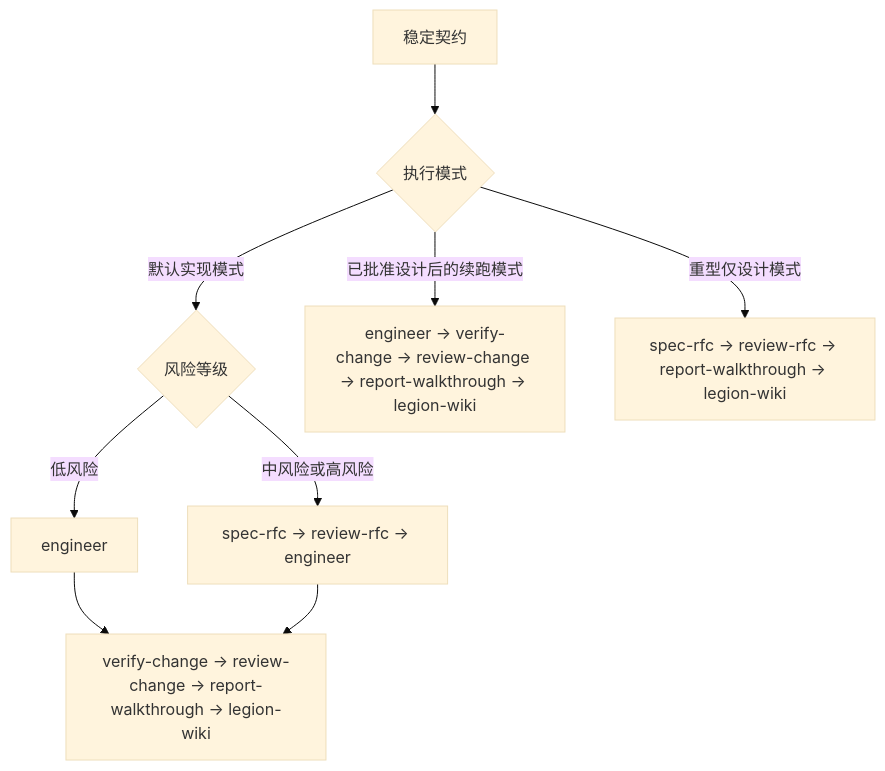
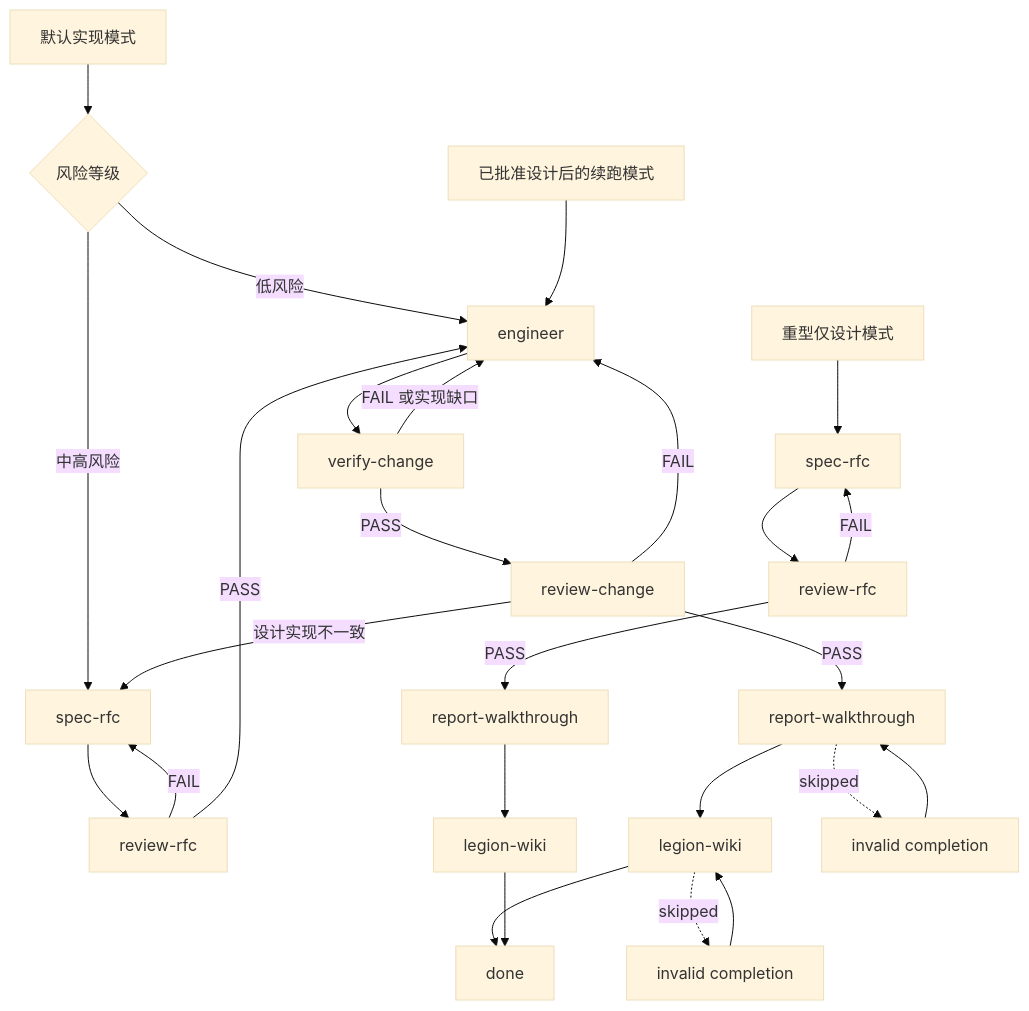
One commit to Thrimbda/legion-mind changed the third of 3 diagrams in skills/legion-workflow/SKILL.md. Above: the diagram before and after it, drawn with Mermaid (base theme). The commit also changed other lines of this file and 18 other files, not shown here.

````diff
--- a/skills/legion-workflow/SKILL.md
+++ b/skills/legion-workflow/SKILL.md
@@ -57,11 +123,30 @@
 ```mermaid
 flowchart TD
-    A[稳定契约] --> B{执行模式}
-    B -- 默认实现模式 --> C{风险等级}
-    C -- 低风险 --> D[engineer]
-    C -- 中风险或高风险 --> E[spec-rfc -> review-rfc -> engineer]
-    D --> F[verify-change -> review-change -> report-walkthrough -> legion-wiki]
-    E --> F
-    B -- 已批准设计后的续跑模式 --> H[engineer -> verify-change -> review-change -> report-walkthrough -> legion-wiki]
-    B -- 重型仅设计模式 --> G[spec-rfc -> review-rfc -> report-walkthrough -> legion-wiki]
+    A[默认实现模式] --> R{风险等级}
+    R -- 低风险 --> E[engineer]
+    R -- 中高风险 --> S[spec-rfc]
+    S --> RR[review-rfc]
+    RR -- FAIL --> S
+    RR -- PASS --> E
+    E --> V[verify-change]
+    V -- FAIL 或实现缺口 --> E
+    V -- PASS --> RC[review-change]
+    RC -- FAIL --> E
+    RC -- 设计实现不一致 --> S
+    RC -- PASS --> W[report-walkthrough]
+    W --> L[legion-wiki]
+    L --> D[done]
+
+    AD[已批准设计后的续跑模式] --> E
+    HD[重型仅设计模式] --> HS[spec-rfc]
+    HS --> HR[review-rfc]
+    HR -- FAIL --> HS
+    HR -- PASS --> HW[report-walkthrough]
+    HW --> HL[legion-wiki]
+    HL --> D
+
+    W -. skipped .-> IC1[invalid completion]
+    IC1 --> W
+    L -. skipped .-> IC2[invalid completion]
+    IC2 --> L
 ```
````
